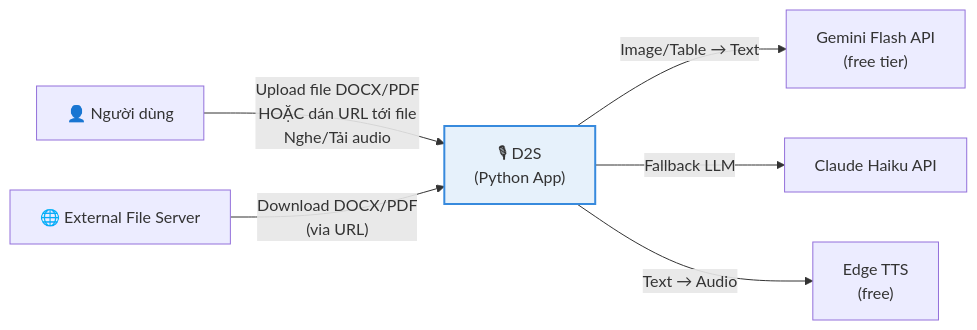
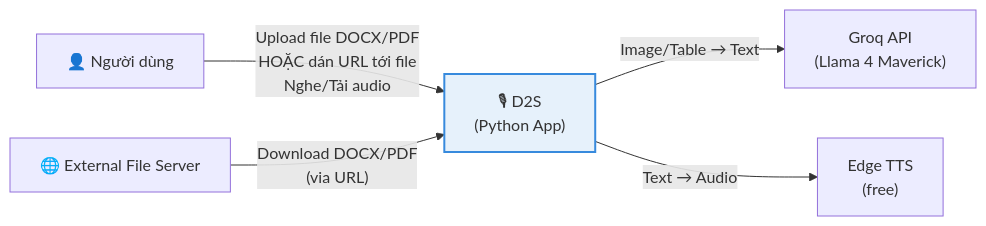
Before and after one commit to Learnheart/arxiv-to-speech: the first of 13 diagrams in architecture_init.md, drawn with Mermaid. The commit also changed other lines of this file and 25 other files, not shown here.

First line of the commit message:
Update architecture docs to Groq, add tests and improve parser/text_cleaner

````diff
--- a/architecture_init.md
+++ b/architecture_init.md
@@ -115,12 +115,11 @@
 ```mermaid
 graph LR
     User["👤 Người dùng"] -->|"Upload file DOCX/PDF\nHOẶC dán URL tới file\nNghe/Tải audio"| D2S["🎙 D2S\n(Python App)"]
 
     Web["🌐 External File Server"] -->|"Download DOCX/PDF\n(via URL)"| D2S
 
-    D2S -->|"Image/Table → Text"| Gemini["Gemini Flash API\n(free tier)"]
-    D2S -->|"Fallback LLM"| Claude["Claude Haiku API"]
+    D2S -->|"Image/Table → Text"| Groq["Groq API\n(Llama 4 Maverick)"]
     D2S -->|"Text → Audio"| Edge["Edge TTS\n(free)"]
 
     style D2S fill:#E6F1FB,stroke:#378ADD,stroke-width:2px
 ```
````
